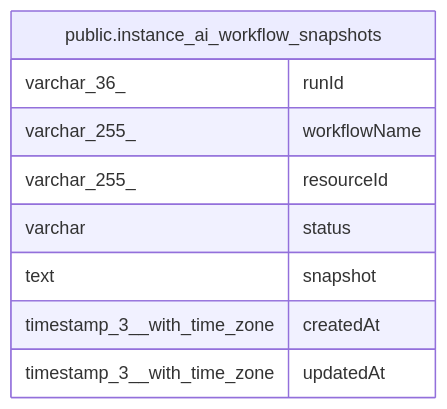
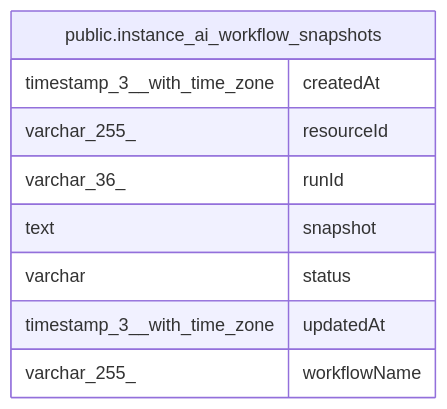
The diagram in docs/generated/postgres-schema/public.instance_ai_workflow_snapshots.md (mayankjain1815-commits/n8n), drawn with Mermaid before and after one commit. The commit also changed other lines of this file and 221 other files, not shown here.

Commit message:
chore(core): Make DB schema docs generation deterministic (#32373)

````diff
--- a/docs/generated/postgres-schema/public.instance_ai_workflow_snapshots.md
+++ b/docs/generated/postgres-schema/public.instance_ai_workflow_snapshots.md
@@ -35,14 +35,14 @@
 ```mermaid
 erDiagram
 
 
 "public.instance_ai_workflow_snapshots" {
+  timestamp_3__with_time_zone createdAt
+  varchar_255_ resourceId
   varchar_36_ runId
+  text snapshot
+  varchar status
+  timestamp_3__with_time_zone updatedAt
   varchar_255_ workflowName
-  varchar_255_ resourceId
-  varchar status
-  text snapshot
-  timestamp_3__with_time_zone createdAt
-  timestamp_3__with_time_zone updatedAt
 }
 ```
````
